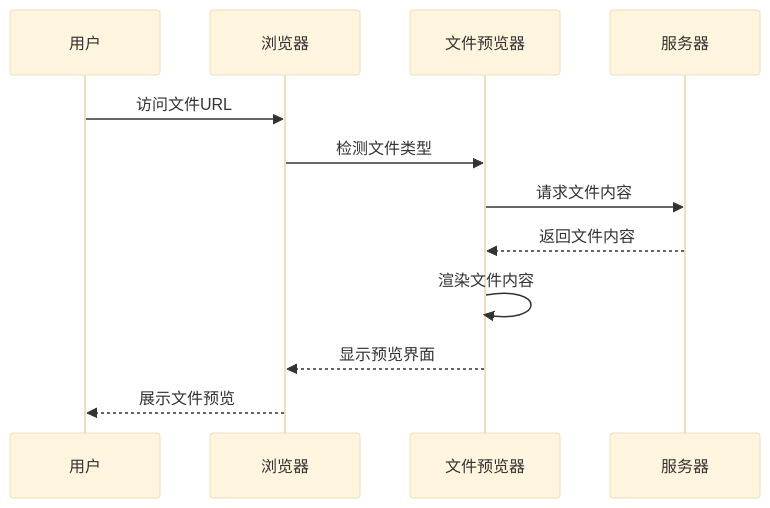
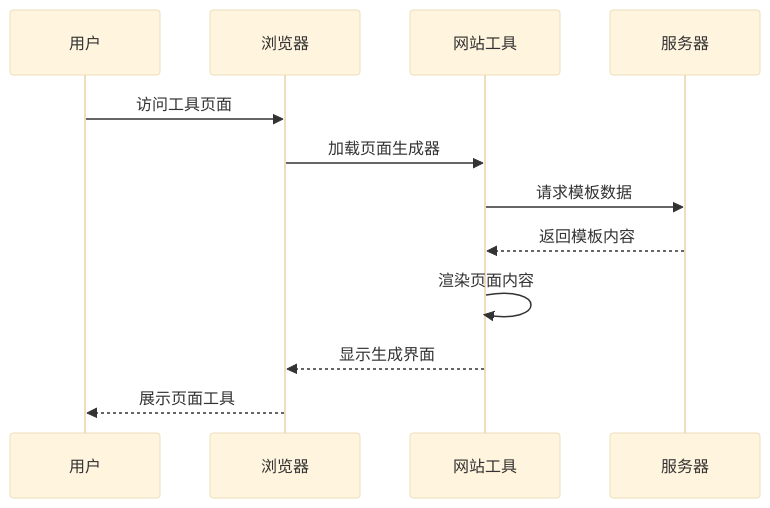
The second of 3 diagrams in dev/test-files/sample.md (uncle1bo/uncle1boStatic), drawn with Mermaid (base theme) before and after one commit. The commit also changed other lines of this file and 11 other files, not shown here.

````diff
--- a/dev/test-files/sample.md
+++ b/dev/test-files/sample.md
@@ -162,15 +162,15 @@
 ```mermaid
 sequenceDiagram
     participant U as 用户
     participant B as 浏览器
-    participant P as 文件预览器
+    participant W as 网站工具
     participant S as 服务器
     
-    U->>B: 访问文件URL
-    B->>P: 检测文件类型
-    P->>S: 请求文件内容
-    S-->>P: 返回文件内容
-    P->>P: 渲染文件内容
-    P-->>B: 显示预览界面
-    B-->>U: 展示文件预览
+    U->>B: 访问工具页面
+    B->>W: 加载页面生成器
+    W->>S: 请求模板数据
+    S-->>W: 返回模板内容
+    W->>W: 渲染页面内容
+    W-->>B: 显示生成界面
+    B-->>U: 展示页面工具
 ```
````
